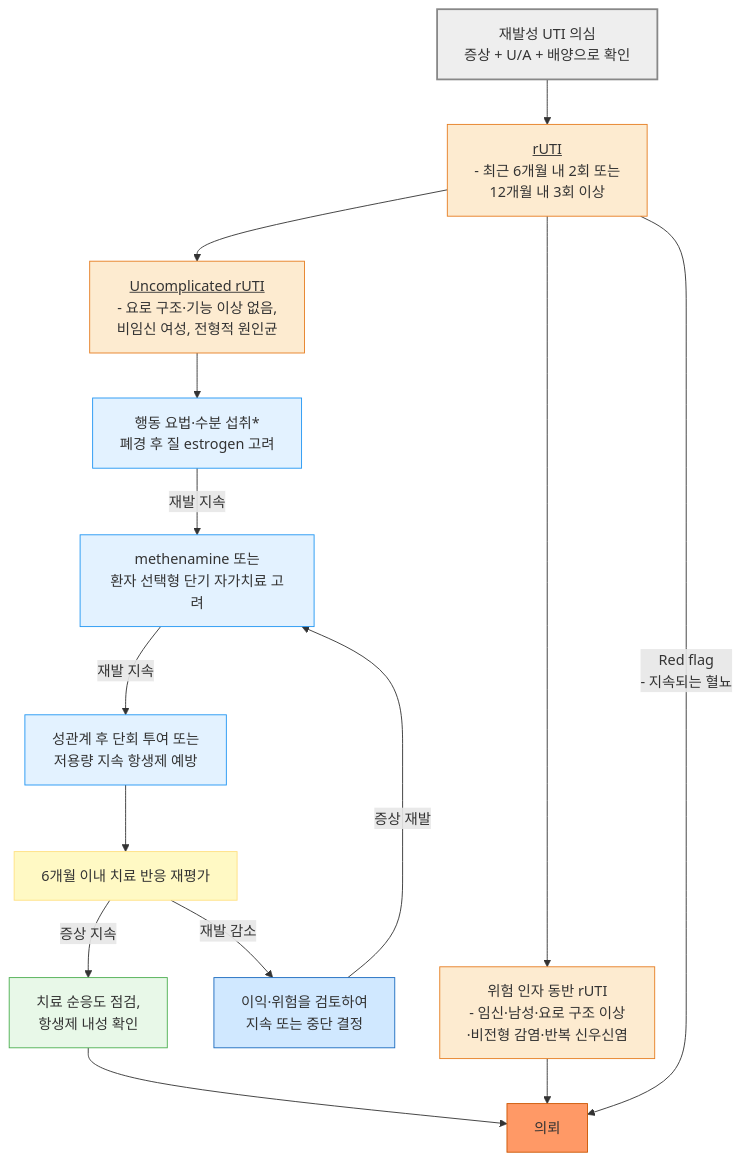
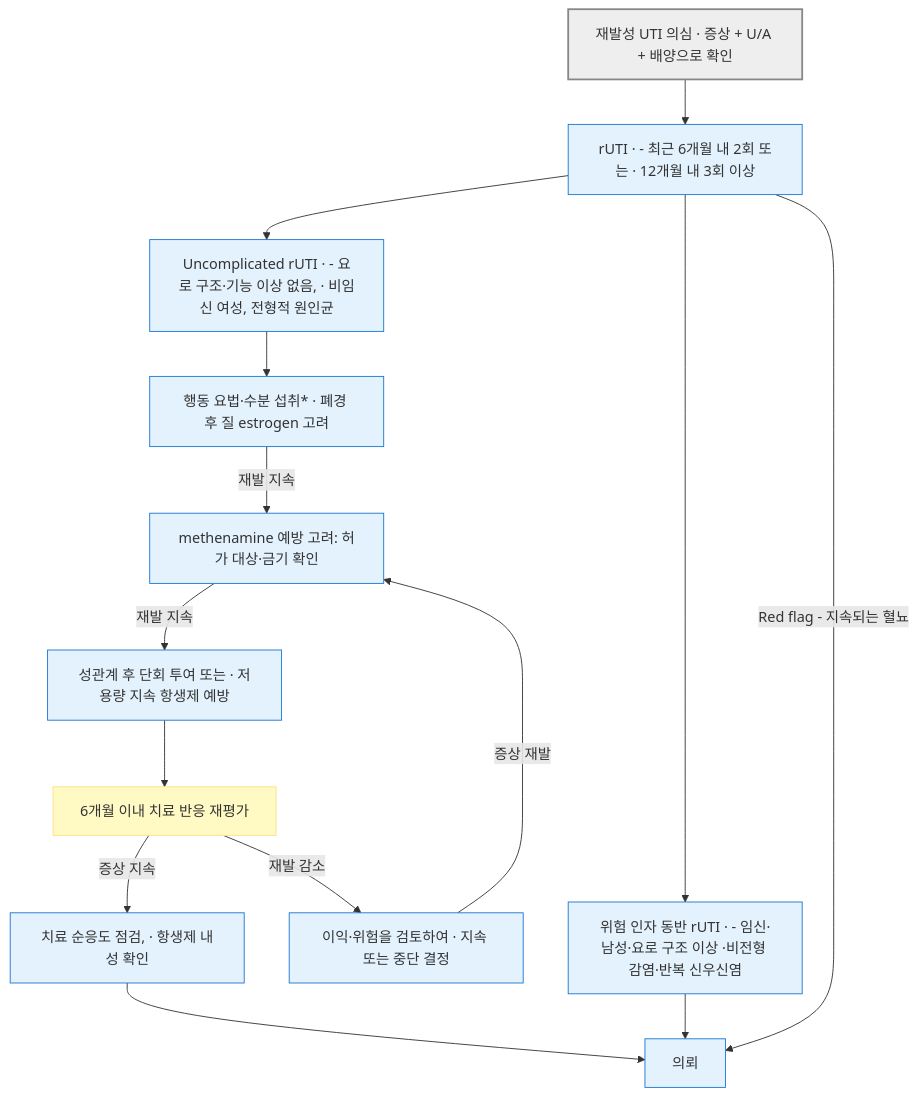
The fifth of 5 diagrams in 227_/113_-urinary-tract-infection.md (familyoh77/familyoh77), drawn with Mermaid before and after one commit. The commit also changed other lines of this file and 10 other files, not shown here.

````diff
--- a/227_/113_-urinary-tract-infection.md
+++ b/227_/113_-urinary-tract-infection.md
@@ -422,27 +430,26 @@
 ```mermaid
 graph TD
-    A["재발성 UTI 의심<br/>증상 + U/A + 배양으로 확인"] 
---> B["<u>rUTI</u> <br/>- 최근 6개월 내 2회 또는 <br/>12개월 내 3회 이상"]
-    B --> C["<u>Uncomplicated rUTI</u> <br/>- 요로 구조·기능 이상 없음, <br/>비임신 여성, 전형적 원인균"]
-    B --> D["위험 인자 동반 rUTI <br/>- 임신·남성·요로 구조 이상<br/>·비전형 감염·반복 신우신염"]
+    A["재발성 UTI 의심 · 증상 + U/A + 배양으로 확인"] --> B["rUTI · - 최근 6개월 내 2회 또는 · 12개월 내 3회 이상"]
+    B --> C["Uncomplicated rUTI · - 요로 구조·기능 이상 없음, · 비임신 여성, 전형적 원인균"]
+    B --> D["위험 인자 동반 rUTI · - 임신·남성·요로 구조 이상 ·비전형 감염·반복 신우신염"]
     
     D --> F["의뢰"]
-    B --> |Red flag <br/>- 지속되는 혈뇨| F
-    C --> G["행동 요법·수분 섭취*<br/>폐경 후 질 estrogen 고려"]
-    G -->|재발 지속| H["methenamine 또는<br/>환자 선택형 단기 자가치료 고려"]
-    H -->|재발 지속| I["성관계 후 단회 투여 또는 <br/>저용량 지속 항생제 예방"]
+    B -- "Red flag  - 지속되는 혈뇨" --> F
+    C --> G["행동 요법·수분 섭취* · 폐경 후 질 estrogen 고려"]
+    G -- "재발 지속" --> H["methenamine 예방 고려: 허가 대상·금기 확인"]
+    H -- "재발 지속" --> I["성관계 후 단회 투여 또는 · 저용량 지속 항생제 예방"]
     I --> J["6개월 이내 치료 반응 재평가"]
-    J -->|증상 지속| L["치료 순응도 점검, <br/>항생제 내성 확인"]
-    J -->|재발 감소| K["이익·위험을 검토하여<br/>지속 또는 중단 결정"]
-    K -->|증상 재발| H
+    J -- "증상 지속" --> L["치료 순응도 점검, · 항생제 내성 확인"]
+    J -- "재발 감소" --> K["이익·위험을 검토하여 · 지속 또는 중단 결정"]
+    K -- "증상 재발" --> H
     L --> F
 style A fill:#eeeeee,stroke:#888888,stroke-width:2px
-classDef orange fill:#fdebd0,stroke:#e67e22
+classDef orange fill:#e3f2fd,stroke:#1976d2
 class B,C,D orange
-classDef sky fill:#e3f2ff,stroke:#2196f3
+classDef sky fill:#e3f2fd,stroke:#1976d2
 class G,H,I sky
-style K fill:#d0e8ff,stroke:#1a6abf
+style K fill:#e3f2fd,stroke:#1976d2
 style J fill:#fff9c4,stroke:#ffe082
-style L fill:#e8f8e8,stroke:#4caf50
-style F fill:#ff9966,stroke:#cc5500
+style L fill:#e3f2fd,stroke:#1976d2
+style F fill:#e3f2fd,stroke:#1976d2
 ```
````
